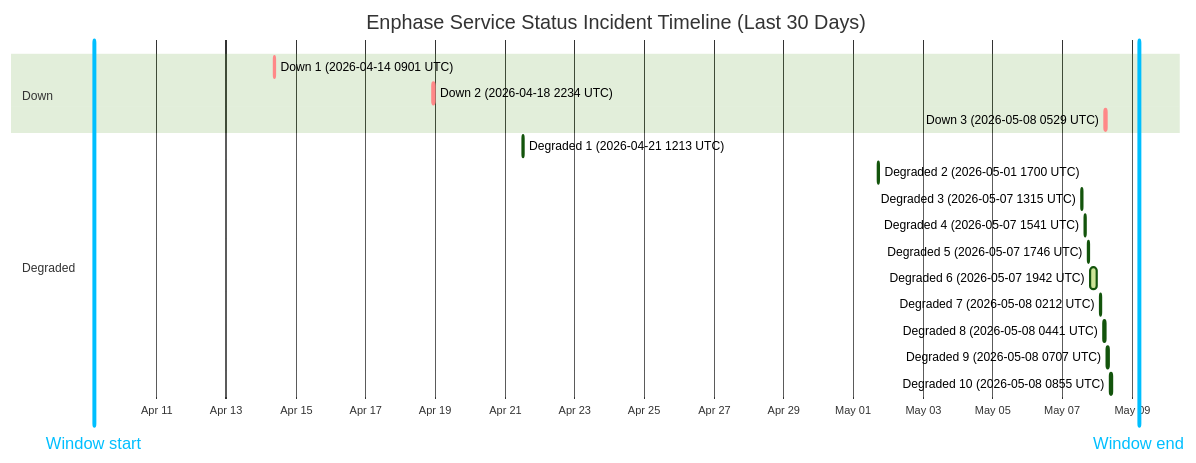
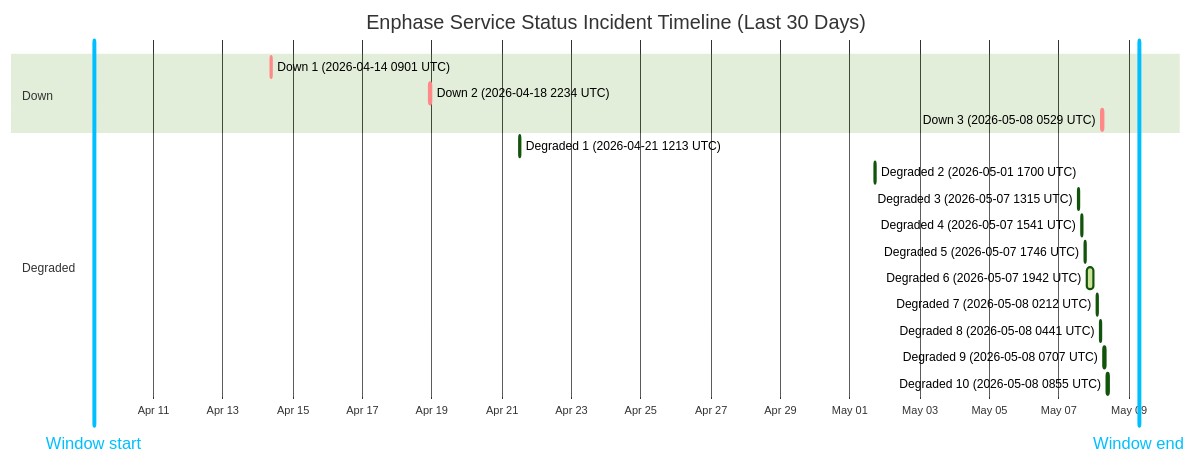
The diagram in wiki/Service-Status-History.md (barneyonline/ha-enphase-ev-charger), drawn with Mermaid (forest theme) before and after one commit. The commit also changed other lines of this file and 3 other files, not shown here.

````diff
--- a/wiki/Service-Status-History.md
+++ b/wiki/Service-Status-History.md
@@ -14,23 +14,23 @@
 ```mermaid
 gantt
     title Enphase Service Status Incident Timeline (Last 30 Days)
     dateFormat  YYYY-MM-DDTHH:mm:ss
     axisFormat  %b %d
-    Window start :vert, window-start, 2026-04-09T04:47:05, 0ms
-    Window end :vert, window-end, 2026-05-09T04:47:05, 0ms
+    Window start :vert, window-start, 2026-04-09T07:06:50, 0ms
+    Window end :vert, window-end, 2026-05-09T07:06:50, 0ms
     section Down
     Down 1 (2026-04-14 0901 UTC) :crit, down-1, 2026-04-14T09:01:13, 60m
     Down 2 (2026-04-18 2234 UTC) :crit, down-2, 2026-04-18T22:34:13, 60m
     Down 3 (2026-05-08 0529 UTC) :crit, down-3, 2026-05-08T05:29:47, 60m
     section Degraded
     Degraded 1 (2026-04-21 1213 UTC) :active, degraded-1, 2026-04-21T12:13:11, 60m
     Degraded 2 (2026-05-01 1700 UTC) :active, degraded-2, 2026-05-01T17:00:22, 60m
     Degraded 3 (2026-05-07 1315 UTC) :active, degraded-3, 2026-05-07T13:15:25, 60m
     Degraded 4 (2026-05-07 1541 UTC) :active, degraded-4, 2026-05-07T15:41:58, 60m
     Degraded 5 (2026-05-07 1746 UTC) :active, degraded-5, 2026-05-07T17:46:51, 60m
     Degraded 6 (2026-05-07 1942 UTC) :active, degraded-6, 2026-05-07T19:42:10, 249m
     Degraded 7 (2026-05-08 0212 UTC) :active, degraded-7, 2026-05-08T02:12:39, 60m
     Degraded 8 (2026-05-08 0441 UTC) :active, degraded-8, 2026-05-08T04:41:46, 60m
     Degraded 9 (2026-05-08 0707 UTC) :active, degraded-9, 2026-05-08T07:07:30, 60m
     Degraded 10 (2026-05-08 0855 UTC) :active, degraded-10, 2026-05-08T08:55:20, 88m
 ```
````
